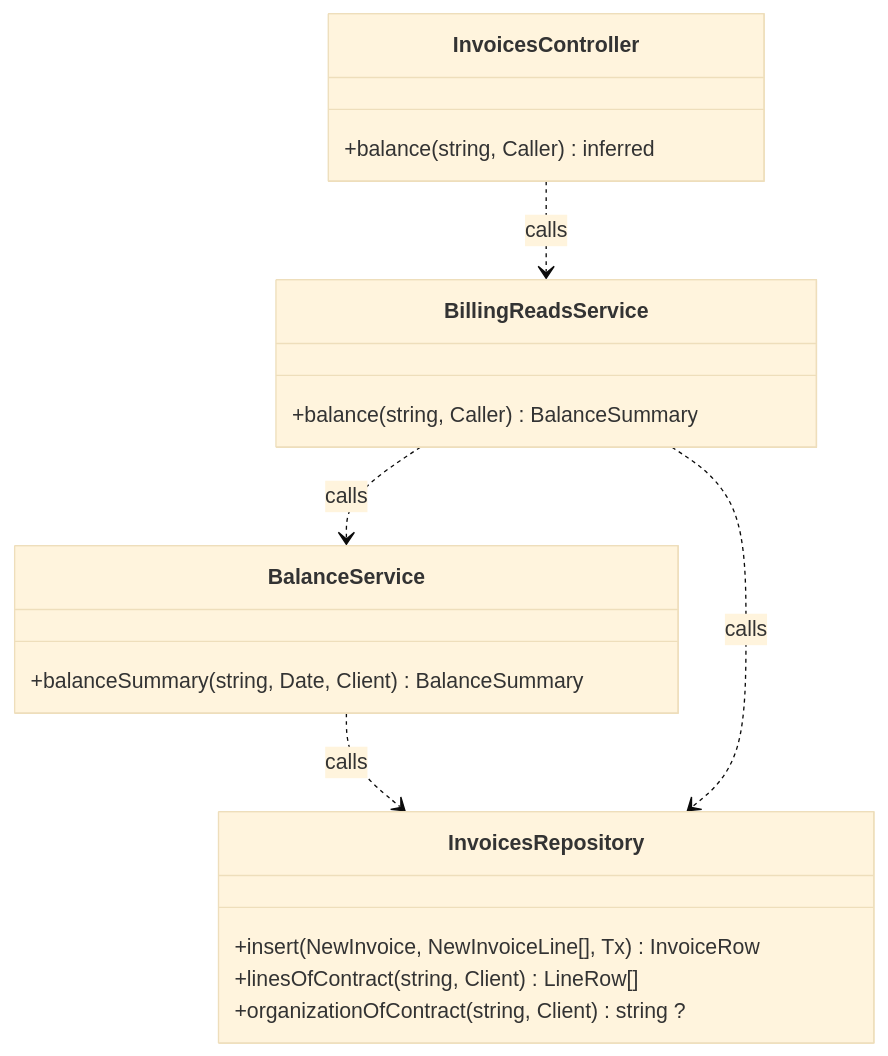
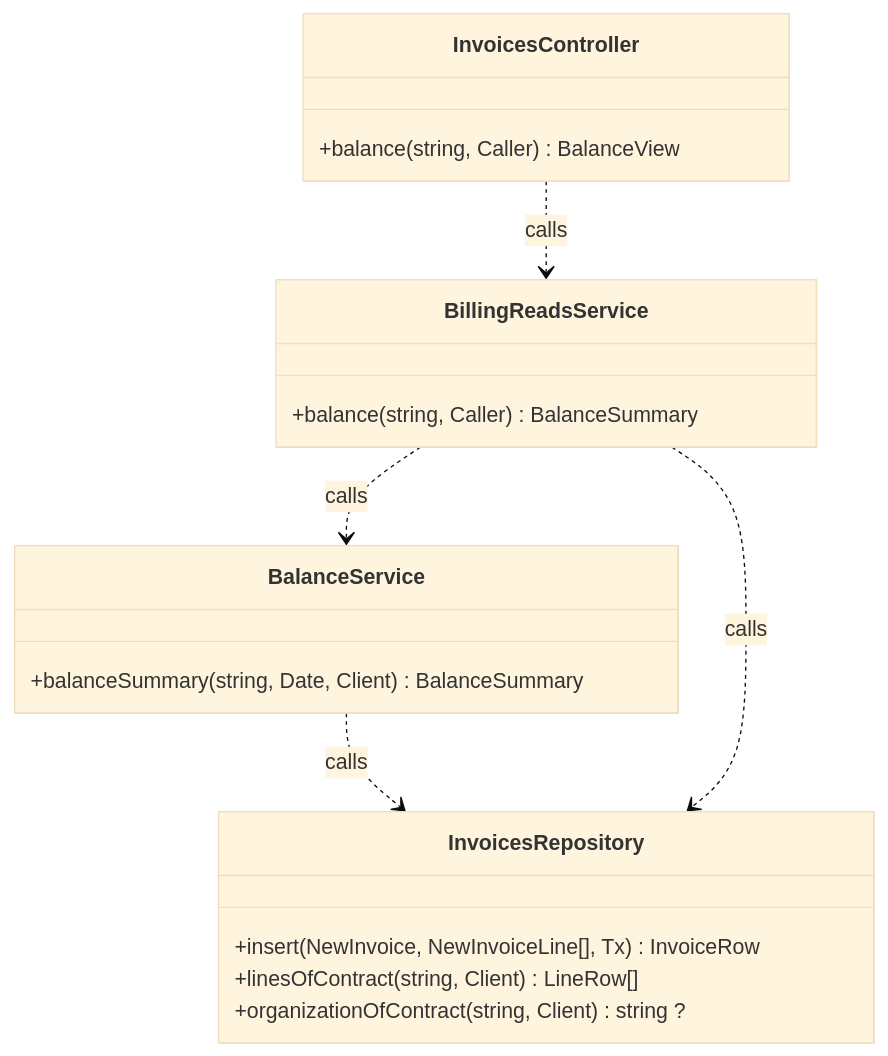
One commit to TrekLink-Team/treklink-web changed the seventh of 17 diagrams in specs/billing/design.md. Above: the diagram before and after it, drawn with Mermaid (base theme). The commit also changed other lines of this file and 2 other files, not shown here.

````diff
--- a/specs/billing/design.md
+++ b/specs/billing/design.md
@@ -315,22 +315,22 @@
 ```mermaid
 classDiagram
     direction TB
     class InvoicesController {
-        +balance(string, Caller) inferred
+        +balance(string, Caller) BalanceView
     }
     class BillingReadsService {
         +balance(string, Caller) BalanceSummary
     }
     class BalanceService {
         +balanceSummary(string, Date, Client) BalanceSummary
     }
     class InvoicesRepository {
         +insert(NewInvoice, NewInvoiceLine[], Tx) InvoiceRow
         +linesOfContract(string, Client) LineRow[]
         +organizationOfContract(string, Client) string ?
     }
     BalanceService ..> InvoicesRepository : calls
     BillingReadsService ..> BalanceService : calls
     BillingReadsService ..> InvoicesRepository : calls
     InvoicesController ..> BillingReadsService : calls
 ```
````
